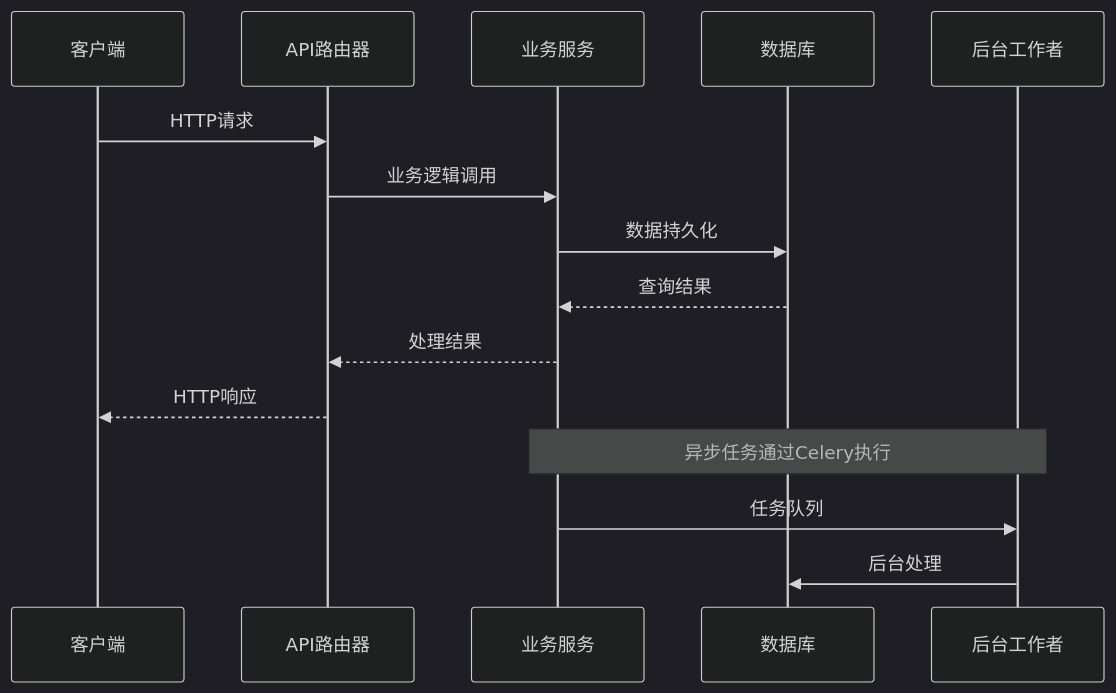
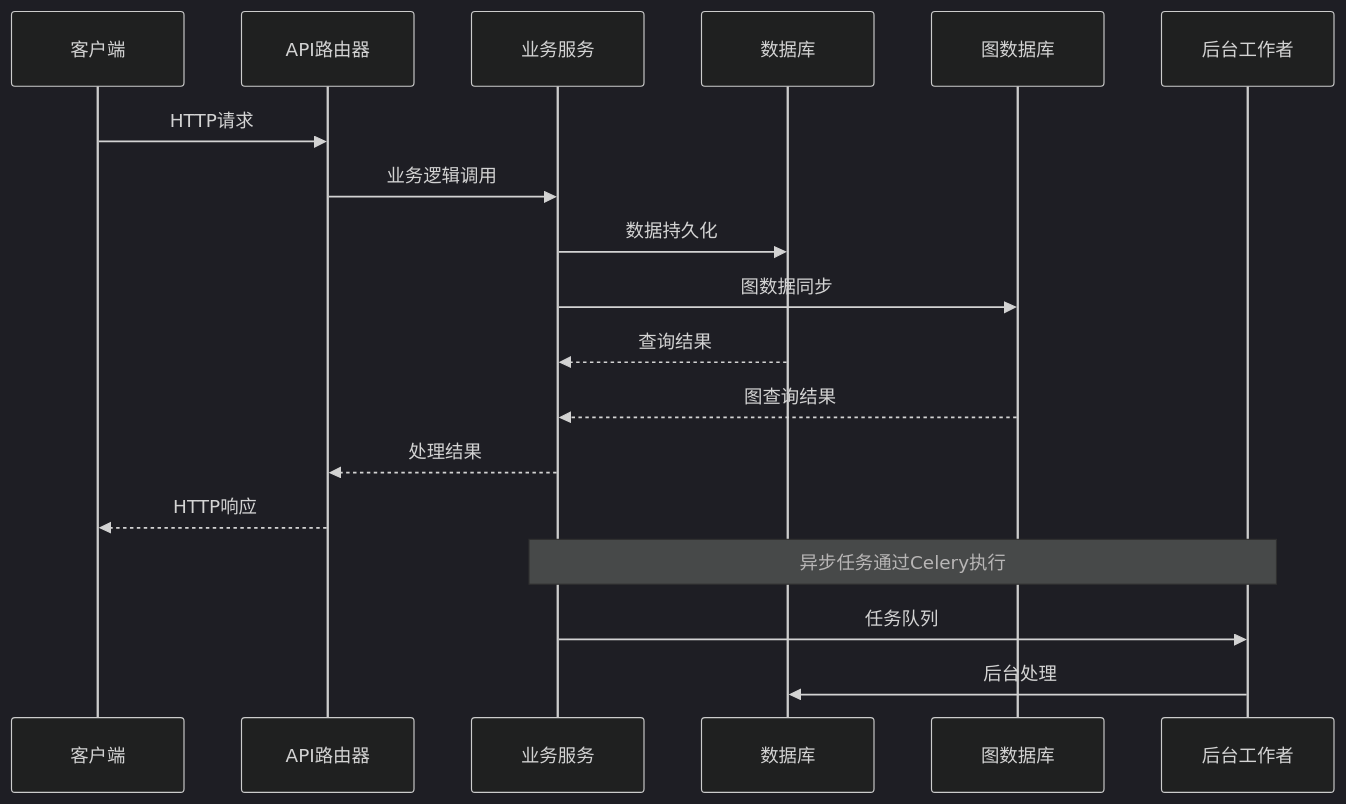
One commit to xfbyxq/ai-novel-system changed the second of 7 diagrams in .qoder/repowiki/zh/content/API接口文档/API接口文档.md. Above: the diagram before and after it, drawn with Mermaid (dark theme). The commit also changed other lines of this file and 19 other files, not shown here.

First line of the commit message:
feat(graph): 新增图数据库完整支持与AI聊天集成

````diff
--- a/.qoder/repowiki/zh/content/API接口文档/API接口文档.md
+++ b/.qoder/repowiki/zh/content/API接口文档/API接口文档.md
@@ -116,17 +153,20 @@
 ```mermaid
 sequenceDiagram
 participant Client as 客户端
 participant API as API路由器
 participant Service as 业务服务
 participant DB as 数据库
+participant GraphDB as 图数据库
 participant Worker as 后台工作者
 Client->>API : HTTP请求
 API->>Service : 业务逻辑调用
 Service->>DB : 数据持久化
+Service->>GraphDB : 图数据同步
 DB-->>Service : 查询结果
+GraphDB-->>Service : 图查询结果
 Service-->>API : 处理结果
 API-->>Client : HTTP响应
 Note over Service,Worker : 异步任务通过Celery执行
 Service->>Worker : 任务队列
 Worker->>DB : 后台处理
 ```
````
